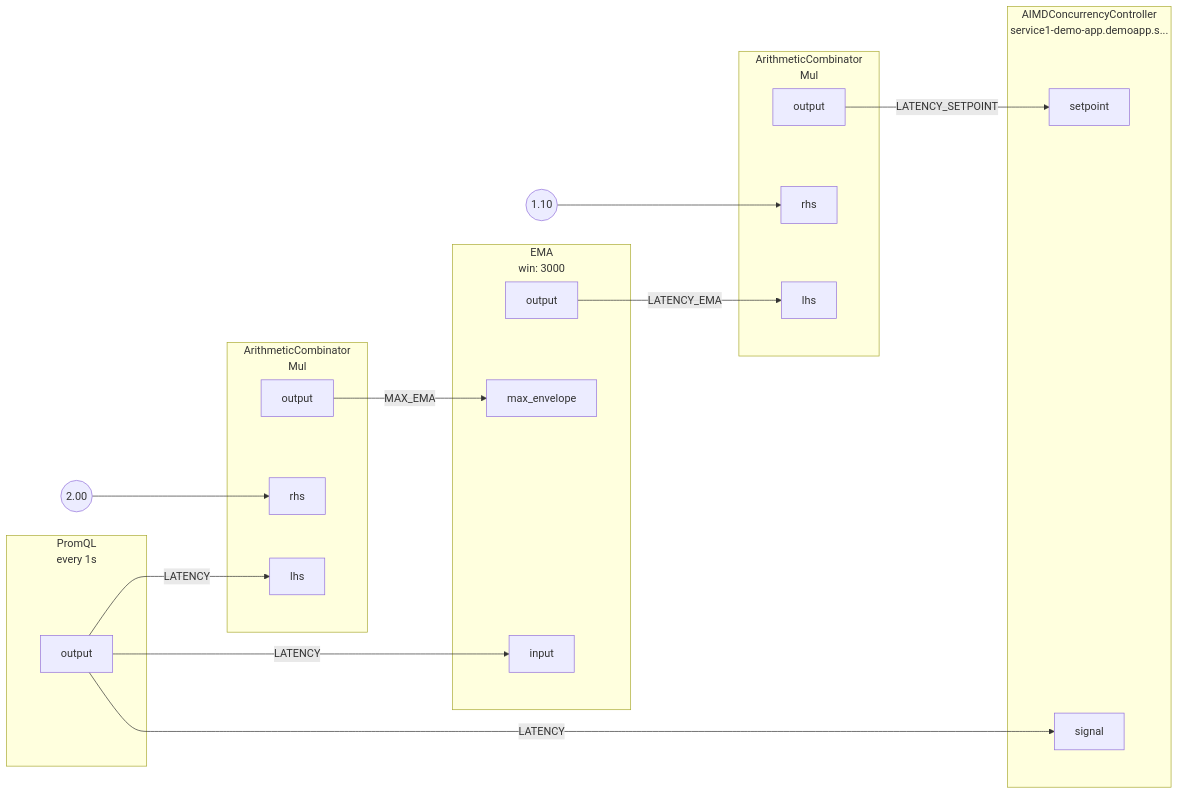
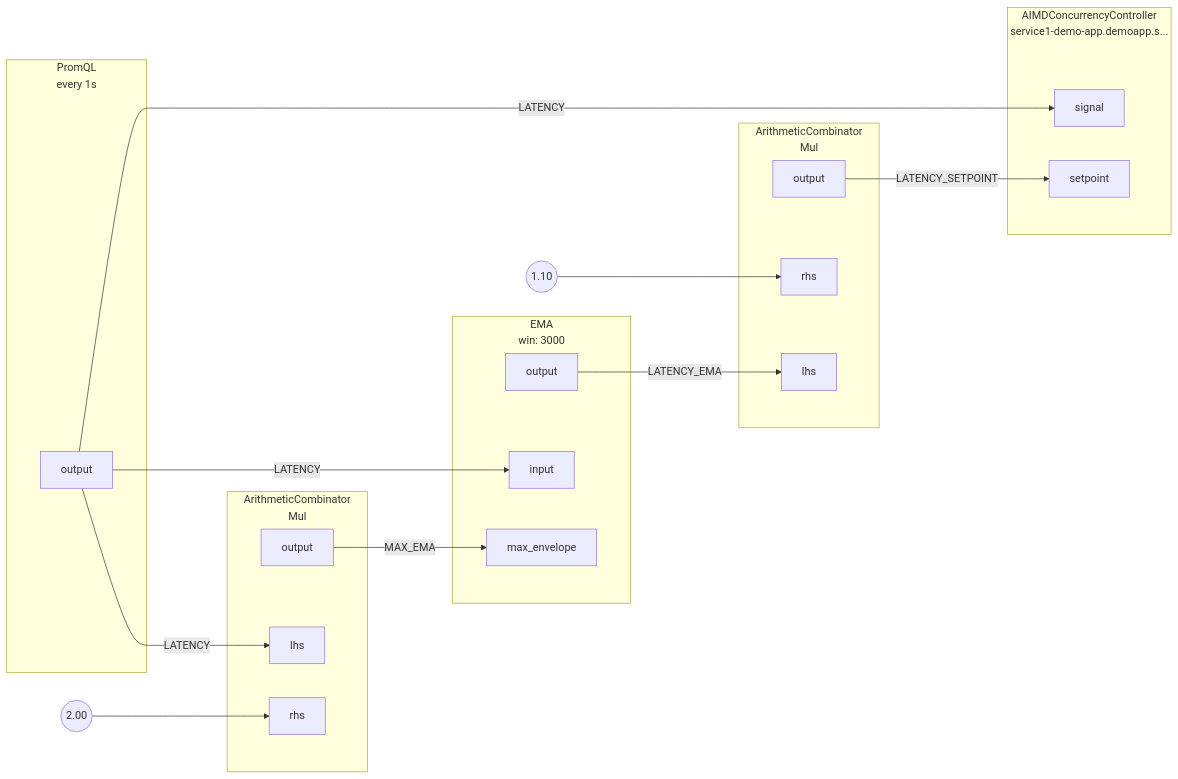
One commit to dataongunlaws/aperture changed the diagram in docs/content/tutorials/integrations/flow-control/concurrency-limiting/assets/workload-prioritization/workload-prioritization.mmd. Above: the diagram before and after it, drawn with Mermaid. The commit also changed other lines of this file and 254 other files, not shown here.

```diff
--- a/docs/content/tutorials/integrations/flow-control/concurrency-limiting/assets/workload-prioritization/workload-prioritization.mmd
+++ b/docs/content/tutorials/integrations/flow-control/concurrency-limiting/assets/workload-prioritization/workload-prioritization.mmd
@@ -1,60 +1,60 @@
 flowchart LR
 subgraph root.0[<center>PromQL<br/>every 1s</center>]
 subgraph root.0_outports[ ]
 style root.0_outports fill:none,stroke:none
 root.0output[output]
 end
 end
 FakeConstant0((2.00))
 FakeConstant0 --> root.1rhs
 subgraph root.1[<center>ArithmeticCombinator<br/>Mul</center>]
 subgraph root.1_inports[ ]
 style root.1_inports fill:none,stroke:none
+root.1lhs[lhs]
 root.1rhs[rhs]
-root.1lhs[lhs]
 end
 subgraph root.1_outports[ ]
 style root.1_outports fill:none,stroke:none
 root.1output[output]
 end
 end
 FakeConstant1((1.10))
 FakeConstant1 --> root.2rhs
 subgraph root.2[<center>ArithmeticCombinator<br/>Mul</center>]
 subgraph root.2_inports[ ]
 style root.2_inports fill:none,stroke:none
 root.2lhs[lhs]
 root.2rhs[rhs]
 end
 subgraph root.2_outports[ ]
 style root.2_outports fill:none,stroke:none
 root.2output[output]
 end
 end
 subgraph root.3[<center>EMA<br/>win: 3000</center>]
 subgraph root.3_inports[ ]
 style root.3_inports fill:none,stroke:none
+root.3input[input]
 root.3max_envelope[max_envelope]
-root.3input[input]
 end
 subgraph root.3_outports[ ]
 style root.3_outports fill:none,stroke:none
 root.3output[output]
 end
 end
 subgraph root.4[<center>AIMDConcurrencyController<br/>service1-demo-app.demoapp.s...</center>]
 subgraph root.4_inports[ ]
 style root.4_inports fill:none,stroke:none
 root.4setpoint[setpoint]
 root.4signal[signal]
 end
 subgraph root.4_outports[ ]
 style root.4_outports fill:none,stroke:none
 end
 end
 root.0output --> |LATENCY| root.1lhs
 root.0output --> |LATENCY| root.3input
 root.0output --> |LATENCY| root.4signal
 root.1output --> |MAX_EMA| root.3max_envelope
 root.2output --> |LATENCY_SETPOINT| root.4setpoint
 root.3output --> |LATENCY_EMA| root.2lhs
```
